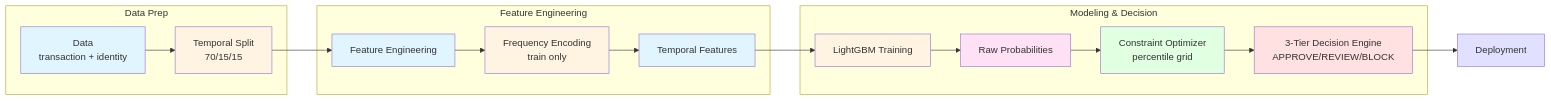
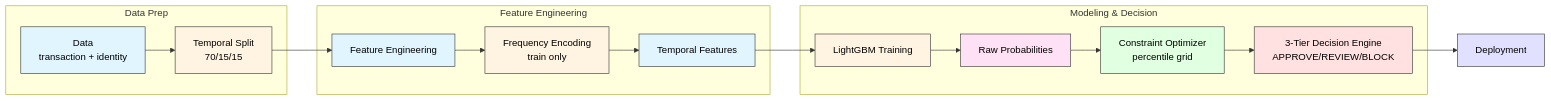
One commit to ltathu-183/Fraud-Detection-System changed the diagram in README.md. Above: the diagram before and after it, drawn with Mermaid.

Commit message:
chore: adjust dags text

````diff
--- a/README.md
+++ b/README.md
@@ -9,32 +9,32 @@
 ```mermaid
 graph LR
     subgraph Data Prep
         A[Data<br/>transaction + identity] --> B[Temporal Split<br/>70/15/15]
     end
 
     subgraph Feature Engineering
         B --> C[Feature Engineering]
         C --> D[Frequency Encoding<br/>train only]
         D --> E[Temporal Features]
     end
 
     subgraph Modeling & Decision
         E --> F[LightGBM Training]
         F --> G[Raw Probabilities]
         G --> H[Constraint Optimizer<br/>percentile grid]
         H --> I[3-Tier Decision Engine<br/>APPROVE/REVIEW/BLOCK]
     end
 
     I --> J[Deployment]
 
-    style A fill:#e1f5ff
-    style B fill:#fff4e1
-    style C fill:#e1f5ff
-    style D fill:#fff4e1
-    style E fill:#e1f5ff
-    style F fill:#fff4e1
-    style G fill:#ffe1f5
-    style H fill:#e1ffe1
-    style I fill:#ffe1e1
-    style J fill:#e1e1ff
+    style A fill:#e1f5ff,stroke:#333,stroke-width:1px,color:#000
+    style B fill:#fff4e1,stroke:#333,stroke-width:1px,color:#000
+    style C fill:#e1f5ff,stroke:#333,stroke-width:1px,color:#000
+    style D fill:#fff4e1,stroke:#333,stroke-width:1px,color:#000
+    style E fill:#e1f5ff,stroke:#333,stroke-width:1px,color:#000
+    style F fill:#fff4e1,stroke:#333,stroke-width:1px,color:#000
+    style G fill:#ffe1f5,stroke:#333,stroke-width:1px,color:#000
+    style H fill:#e1ffe1,stroke:#333,stroke-width:1px,color:#000
+    style I fill:#ffe1e1,stroke:#333,stroke-width:1px,color:#000
+    style J fill:#e1e1ff,stroke:#333,stroke-width:1px,color:#000
 ```
````
